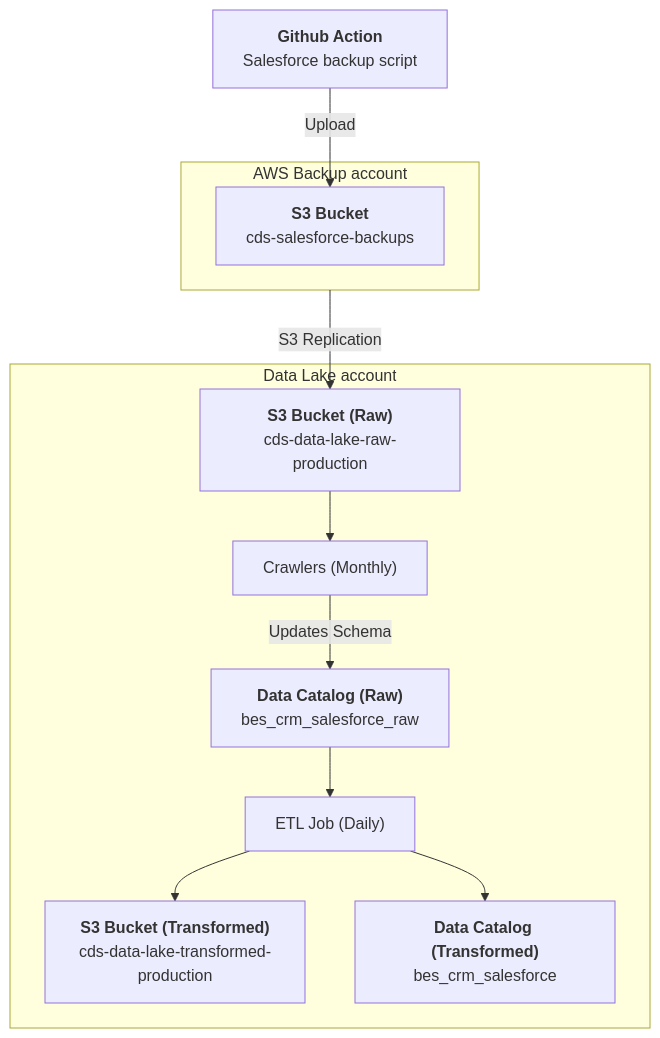
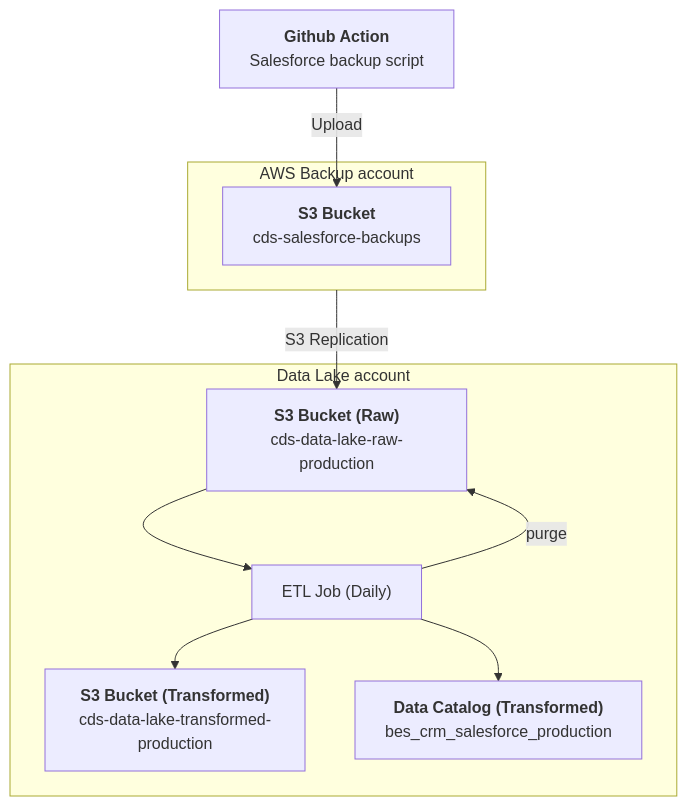
The diagram in docs/data/pipelines/bes/crm/salesforce.md (cds-snc/data-lake), drawn with Mermaid before and after one commit. The commit also changed other lines of this file and 5 other files, not shown here.

````diff
--- a/docs/data/pipelines/bes/crm/salesforce.md
+++ b/docs/data/pipelines/bes/crm/salesforce.md
@@ -22,33 +26,30 @@
 ```mermaid
 graph TD
     %% Source Systems
     SalesforceGH["`**Github Action**<br>Salesforce backup script`"]
     
     
     %% Storage
     BackupS3["`**S3 Bucket**<br/>cds-salesforce-backups`"]
     RawS3["`**S3 Bucket (Raw)**<br/>cds-data-lake-raw-production`"]
     TransS3["`**S3 Bucket (Transformed)**<br/>cds-data-lake-transformed-production`"]
     
     %% Processing
-    Crawlers["Crawlers (Monthly)"]
-    CatalogRaw["`**Data Catalog (Raw)**<br/>bes_crm_salesforce_raw`"]
-    CatalogTransformed["`**Data Catalog (Transformed)**<br/>bes_crm_salesforce`"]
+    CatalogTransformed["`**Data Catalog (Transformed)**<br/>bes_crm_salesforce_production`"]
     ETL["ETL Job (Daily)"]
 
     %% Flow
     subgraph backup[AWS Backup account]
         BackupS3
     end
 
     SalesforceGH --> |Upload|BackupS3
     backup --> |S3 Replication|RawS3
 
     subgraph datalake[Data Lake account]
-        RawS3 --> Crawlers
-        Crawlers --> |Updates Schema|CatalogRaw
-        CatalogRaw --> ETL
+        RawS3 --> ETL
         ETL --> TransS3
         ETL --> CatalogTransformed
+        ETL --purge--> RawS3
     end
 ```
````
